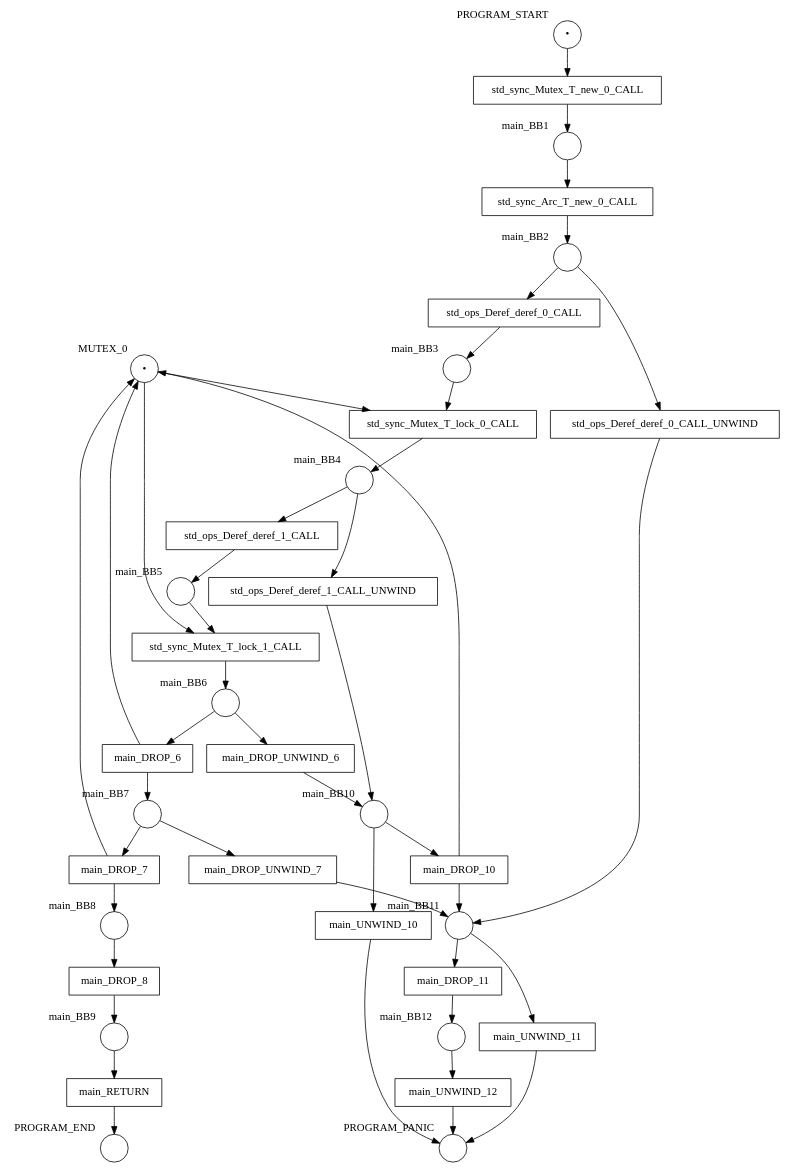
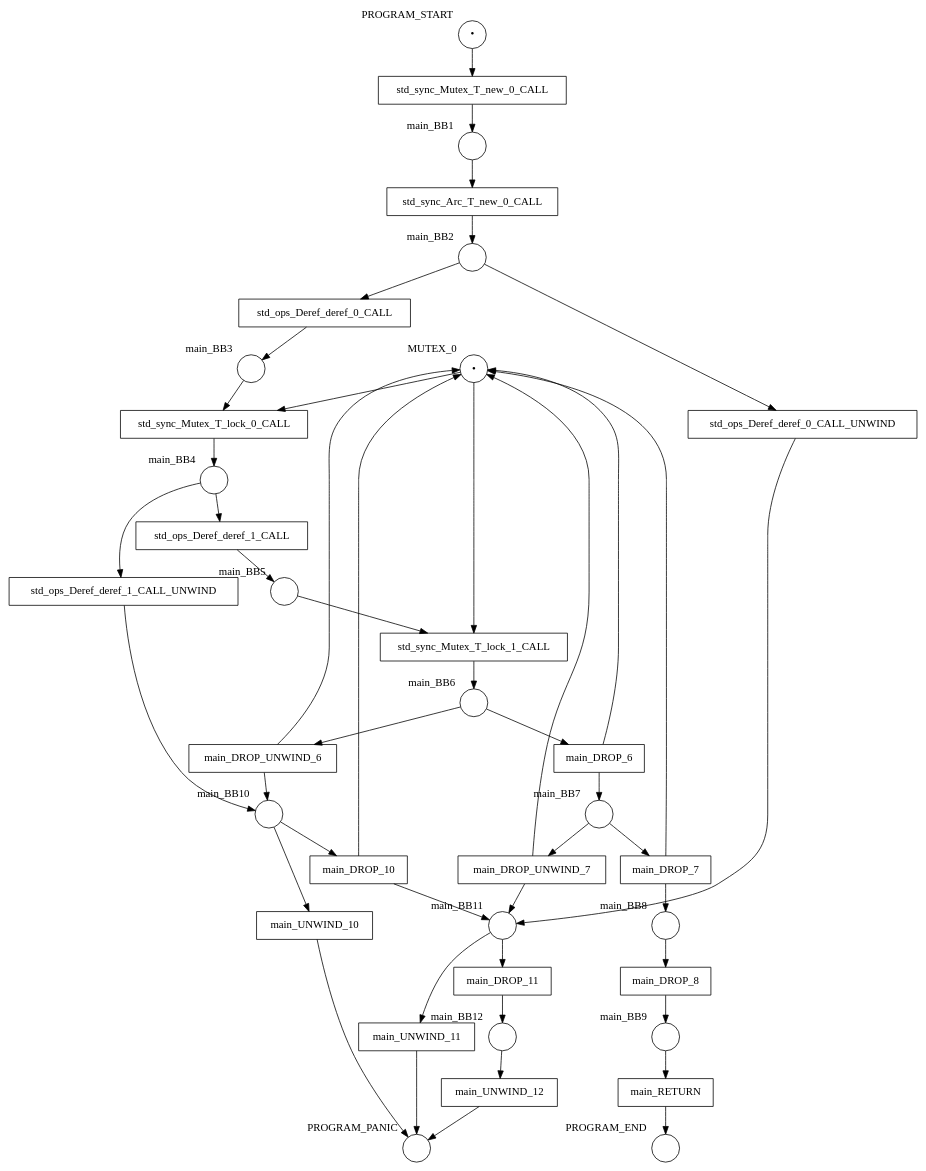
One commit to hlisdero/cargo-check-deadlock changed the diagram in examples/results/mutex/double_lock_deadlock_with_arc/net.dot. Above: the diagram before and after it, drawn with Graphviz. The commit also changed 28 other files, not shown here.

First line of the commit message:
Handle the lock guard in the unwind transition of a drop terminator.

```diff
--- a/examples/results/mutex/double_lock_deadlock_with_arc/net.dot
+++ b/examples/results/mutex/double_lock_deadlock_with_arc/net.dot
@@ -1,80 +1,82 @@
 digraph petrinet {
     MUTEX_0 [shape="circle" xlabel="MUTEX_0" label="•"];
     PROGRAM_END [shape="circle" xlabel="PROGRAM_END" label=""];
     PROGRAM_PANIC [shape="circle" xlabel="PROGRAM_PANIC" label=""];
     PROGRAM_START [shape="circle" xlabel="PROGRAM_START" label="•"];
     main_BB1 [shape="circle" xlabel="main_BB1" label=""];
     main_BB10 [shape="circle" xlabel="main_BB10" label=""];
     main_BB11 [shape="circle" xlabel="main_BB11" label=""];
     main_BB12 [shape="circle" xlabel="main_BB12" label=""];
     main_BB2 [shape="circle" xlabel="main_BB2" label=""];
     main_BB3 [shape="circle" xlabel="main_BB3" label=""];
     main_BB4 [shape="circle" xlabel="main_BB4" label=""];
     main_BB5 [shape="circle" xlabel="main_BB5" label=""];
     main_BB6 [shape="circle" xlabel="main_BB6" label=""];
     main_BB7 [shape="circle" xlabel="main_BB7" label=""];
     main_BB8 [shape="circle" xlabel="main_BB8" label=""];
     main_BB9 [shape="circle" xlabel="main_BB9" label=""];
     main_DROP_10 [shape="box" xlabel="" label="main_DROP_10"];
     main_DROP_11 [shape="box" xlabel="" label="main_DROP_11"];
     main_DROP_6 [shape="box" xlabel="" label="main_DROP_6"];
     main_DROP_7 [shape="box" xlabel="" label="main_DROP_7"];
     main_DROP_8 [shape="box" xlabel="" label="main_DROP_8"];
     main_DROP_UNWIND_6 [shape="box" xlabel="" label="main_DROP_UNWIND_6"];
     main_DROP_UNWIND_7 [shape="box" xlabel="" label="main_DROP_UNWIND_7"];
     main_RETURN [shape="box" xlabel="" label="main_RETURN"];
     main_UNWIND_10 [shape="box" xlabel="" label="main_UNWIND_10"];
     main_UNWIND_11 [shape="box" xlabel="" label="main_UNWIND_11"];
     main_UNWIND_12 [shape="box" xlabel="" label="main_UNWIND_12"];
     std_ops_Deref_deref_0_CALL [shape="box" xlabel="" label="std_ops_Deref_deref_0_CALL"];
     std_ops_Deref_deref_0_CALL_UNWIND [shape="box" xlabel="" label="std_ops_Deref_deref_0_CALL_UNWIND"];
     std_ops_Deref_deref_1_CALL [shape="box" xlabel="" label="std_ops_Deref_deref_1_CALL"];
     std_ops_Deref_deref_1_CALL_UNWIND [shape="box" xlabel="" label="std_ops_Deref_deref_1_CALL_UNWIND"];
     std_sync_Arc_T_new_0_CALL [shape="box" xlabel="" label="std_sync_Arc_T_new_0_CALL"];
     std_sync_Mutex_T_lock_0_CALL [shape="box" xlabel="" label="std_sync_Mutex_T_lock_0_CALL"];
     std_sync_Mutex_T_lock_1_CALL [shape="box" xlabel="" label="std_sync_Mutex_T_lock_1_CALL"];
     std_sync_Mutex_T_new_0_CALL [shape="box" xlabel="" label="std_sync_Mutex_T_new_0_CALL"];
     MUTEX_0 -> std_sync_Mutex_T_lock_0_CALL;
     MUTEX_0 -> std_sync_Mutex_T_lock_1_CALL;
     PROGRAM_START -> std_sync_Mutex_T_new_0_CALL;
     main_BB1 -> std_sync_Arc_T_new_0_CALL;
     main_BB10 -> main_DROP_10;
     main_BB10 -> main_UNWIND_10;
     main_BB11 -> main_DROP_11;
     main_BB11 -> main_UNWIND_11;
     main_BB12 -> main_UNWIND_12;
     main_BB2 -> std_ops_Deref_deref_0_CALL;
     main_BB2 -> std_ops_Deref_deref_0_CALL_UNWIND;
     main_BB3 -> std_sync_Mutex_T_lock_0_CALL;
     main_BB4 -> std_ops_Deref_deref_1_CALL;
     main_BB4 -> std_ops_Deref_deref_1_CALL_UNWIND;
     main_BB5 -> std_sync_Mutex_T_lock_1_CALL;
     main_BB6 -> main_DROP_6;
     main_BB6 -> main_DROP_UNWIND_6;
     main_BB7 -> main_DROP_7;
     main_BB7 -> main_DROP_UNWIND_7;
     main_BB8 -> main_DROP_8;
     main_BB9 -> main_RETURN;
     main_DROP_10 -> MUTEX_0;
     main_DROP_10 -> main_BB11;
     main_DROP_11 -> main_BB12;
     main_DROP_6 -> MUTEX_0;
     main_DROP_6 -> main_BB7;
     main_DROP_7 -> MUTEX_0;
     main_DROP_7 -> main_BB8;
     main_DROP_8 -> main_BB9;
+    main_DROP_UNWIND_6 -> MUTEX_0;
     main_DROP_UNWIND_6 -> main_BB10;
+    main_DROP_UNWIND_7 -> MUTEX_0;
     main_DROP_UNWIND_7 -> main_BB11;
     main_RETURN -> PROGRAM_END;
     main_UNWIND_10 -> PROGRAM_PANIC;
     main_UNWIND_11 -> PROGRAM_PANIC;
     main_UNWIND_12 -> PROGRAM_PANIC;
     std_ops_Deref_deref_0_CALL -> main_BB3;
     std_ops_Deref_deref_0_CALL_UNWIND -> main_BB11;
     std_ops_Deref_deref_1_CALL -> main_BB5;
     std_ops_Deref_deref_1_CALL_UNWIND -> main_BB10;
     std_sync_Arc_T_new_0_CALL -> main_BB2;
     std_sync_Mutex_T_lock_0_CALL -> main_BB4;
     std_sync_Mutex_T_lock_1_CALL -> main_BB6;
     std_sync_Mutex_T_new_0_CALL -> main_BB1;
 }
```
